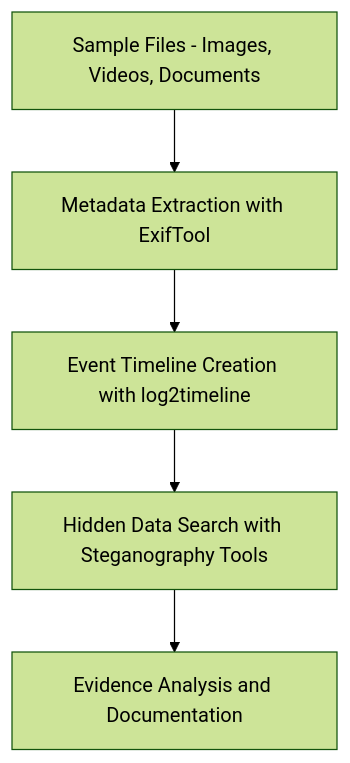
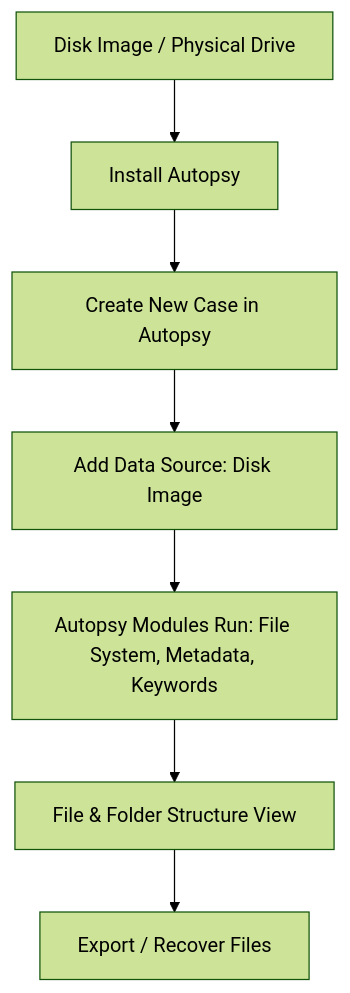
One commit to Kishorekumar22060/Metadata-Extraction-using-ExifTool-log2timeline-and-Hidden-Data-Search-using-Steganography-Tools changed the diagram in README.md. Above: the diagram before and after it, drawn with Mermaid (forest theme). The commit also changed other lines of this file, not shown here.

````diff
--- a/README.md
+++ b/README.md
@@ -12,7 +14,9 @@
 ```mermaid
 flowchart TD
-    A[Sample Files - Images, Videos, Documents] --> B[Metadata Extraction with ExifTool]
-    B --> C[Event Timeline Creation with log2timeline]
-    C --> D[Hidden Data Search with Steganography Tools]
-    D --> E[Evidence Analysis and Documentation]
+    A[Disk Image / Physical Drive] --> B[Install Autopsy]
+    B --> C[Create New Case in Autopsy]
+    C --> D[Add Data Source: Disk Image]
+    D --> E["Autopsy Modules Run: File System, Metadata, Keywords"]
+    E --> F[File & Folder Structure View]
+    F --> G[Export / Recover Files]
 ```
````
